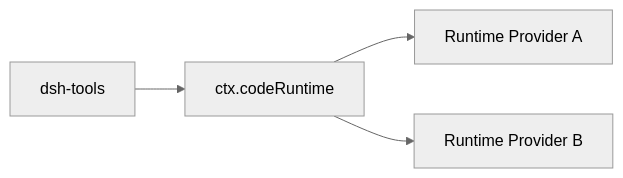
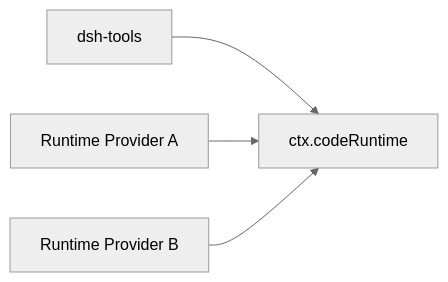
Before and after one commit to indigofeather/harness-book: the fourth of 5 diagrams in docs/deepseek/code-mode-and-plugins.md, drawn with Mermaid (neutral theme). The commit also changed other lines of this file and 48 other files, not shown here.

````diff
--- a/docs/deepseek/code-mode-and-plugins.md
+++ b/docs/deepseek/code-mode-and-plugins.md
@@ -209,6 +113,6 @@
 ```mermaid
 flowchart LR
-  TOOL[dsh-tools] --> CR[ctx.codeRuntime]
-  CR --> R1[Runtime Provider A]
-  CR --> R2[Runtime Provider B]
+  T[dsh-tools] --> C[ctx.codeRuntime]
+  P1[Runtime Provider A] --> C
+  P2[Runtime Provider B] --> C
 ```
````
